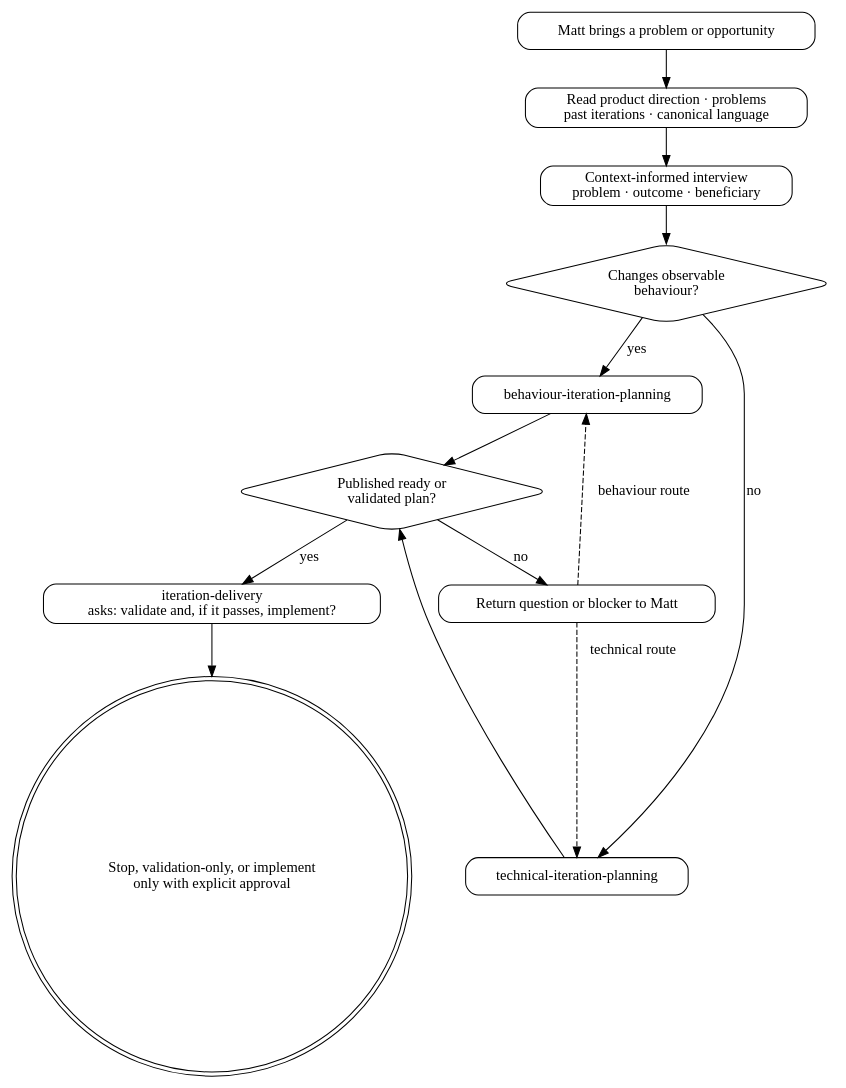
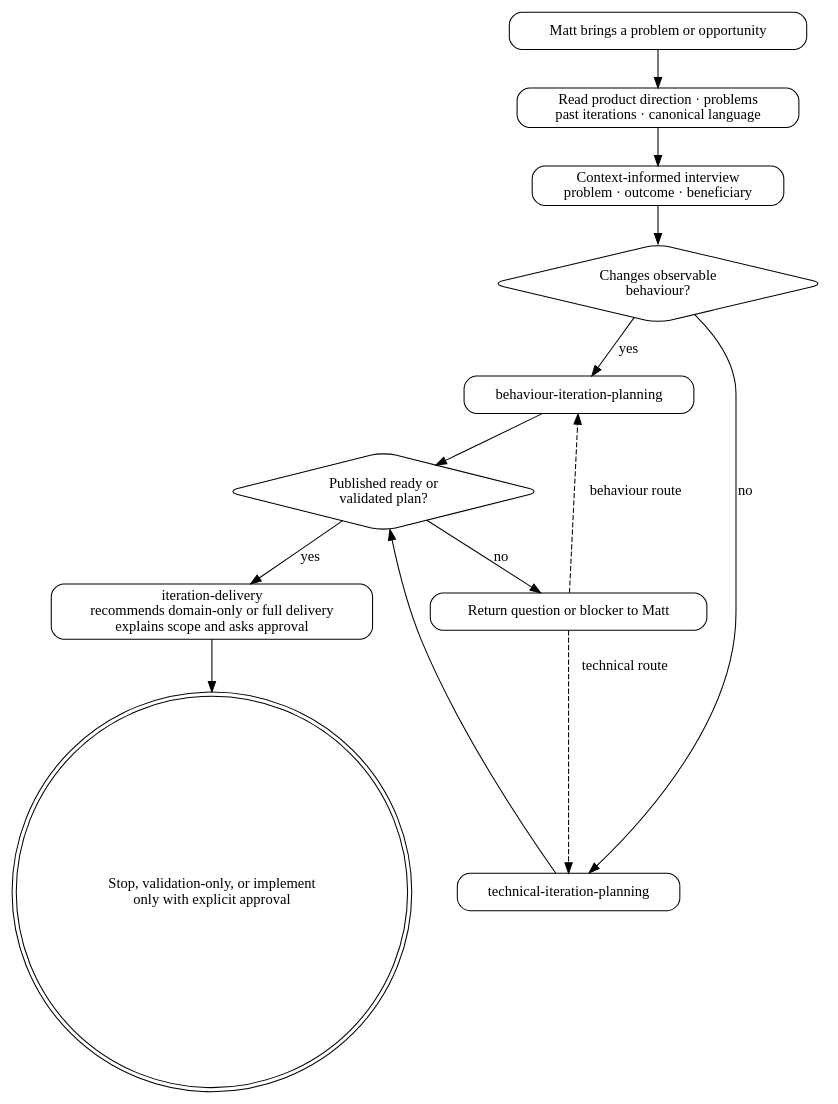
The diagram in .pi/skills/iteration-planning/SKILL.md (mattwynne/memba), drawn with Graphviz before and after one commit. The commit also changed other lines of this file and 10 other files, not shown here.

Commit message:
Route suitable iterations through guarded domain-only BDD implementation

````diff
--- a/.pi/skills/iteration-planning/SKILL.md
+++ b/.pi/skills/iteration-planning/SKILL.md
@@ -49,28 +49,28 @@
 ```dot
 digraph iteration_planning {
   rankdir=TB;
   node [shape=box, style="rounded"];
 
   start [label="Matt brings a problem or opportunity"];
   context [label="Read product direction · problems\npast iterations · canonical language"];
   intake [label="Context-informed interview\nproblem · outcome · beneficiary"];
   classify [shape=diamond, label="Changes observable\nbehaviour?"];
   behaviour [label="behaviour-iteration-planning"];
   technical [label="technical-iteration-planning"];
   result [shape=diamond, label="Published ready or\nvalidated plan?"];
   blocked [label="Return question or blocker to Matt"];
-  delivery [label="iteration-delivery\nasks: validate and, if it passes, implement?"];
+  delivery [label="iteration-delivery\nrecommends domain-only or full delivery\nexplains scope and asks approval"];
   stop [shape=doublecircle, label="Stop, validation-only, or implement\nonly with explicit approval"];
 
   start -> context -> intake -> classify;
   classify -> behaviour [label="yes"];
   classify -> technical [label="no"];
   behaviour -> result;
   technical -> result;
   result -> blocked [label="no"];
   blocked -> behaviour [label="behaviour route", style=dashed];
   blocked -> technical [label="technical route", style=dashed];
   result -> delivery [label="yes"];
   delivery -> stop;
 }
 ```
````
